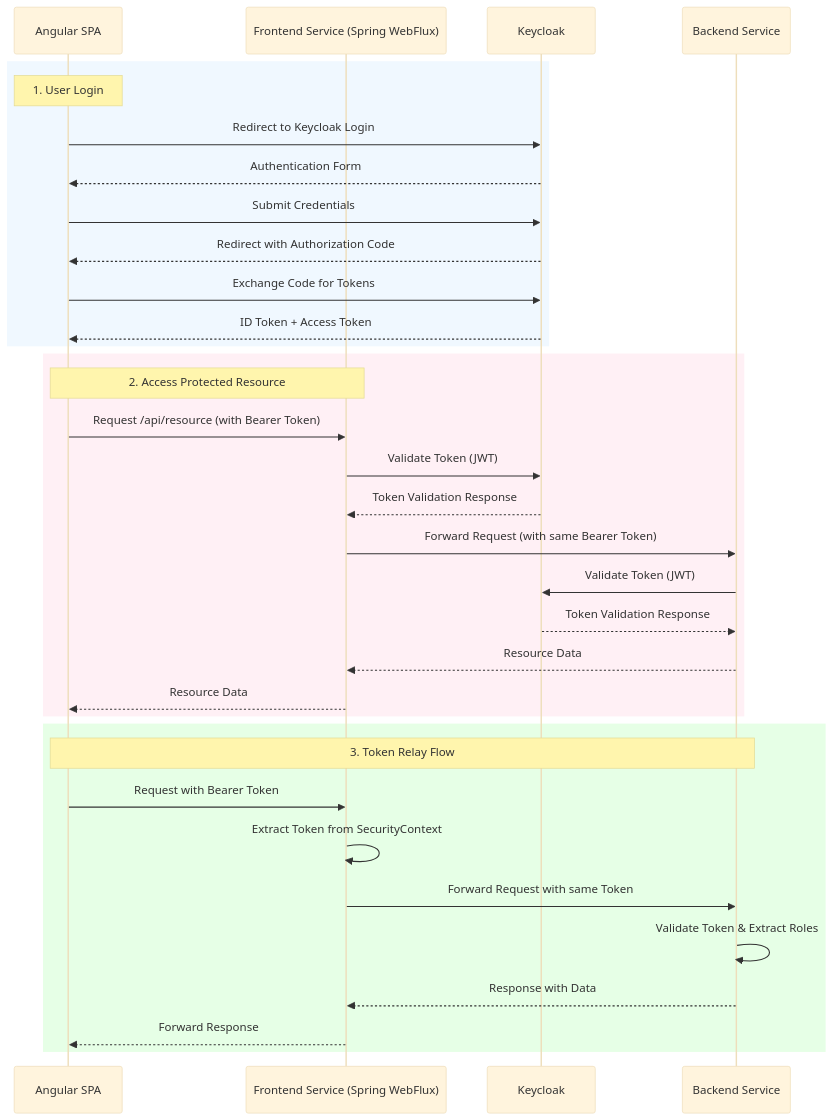
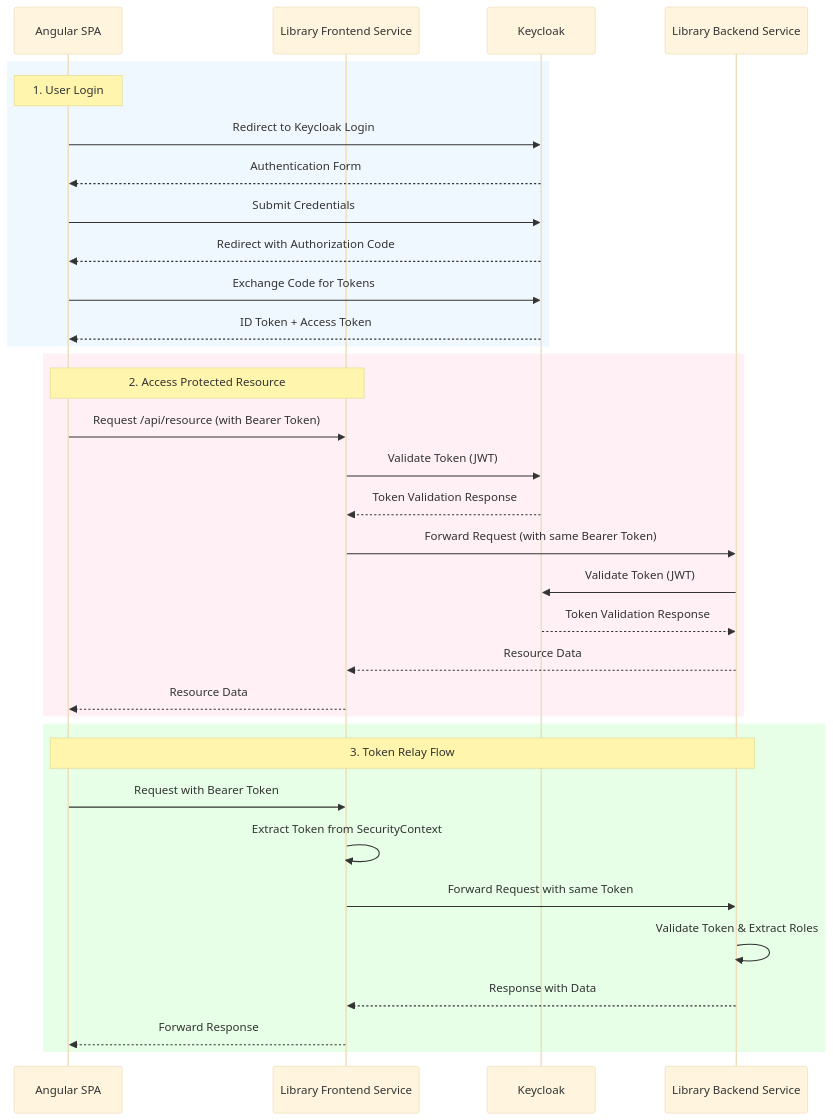
Before and after one commit to kergru/library-client-spa: the second of 2 diagrams in README.md, drawn with Mermaid (base theme). The commit also changed other lines of this file, not shown here.

````diff
--- a/README.md
+++ b/README.md
@@ -48,39 +48,39 @@
 ```mermaid
 sequenceDiagram
 participant A as Angular SPA
-participant F as Frontend Service (Spring WebFlux)
+participant F as Library Frontend Service
 participant K as Keycloak
-participant B as Backend Service
+participant B as Library Backend Service
 
     rect rgb(240, 248, 255)
     note over A: 1. User Login
     A->>K: Redirect to Keycloak Login
     K-->>A: Authentication Form
     A->>K: Submit Credentials
     K-->>A: Redirect with Authorization Code
     A->>K: Exchange Code for Tokens
     K-->>A: ID Token + Access Token
     end
 
     rect rgb(255, 240, 245)
     note over A,F: 2. Access Protected Resource
     A->>F: Request /api/resource (with Bearer Token)
     F->>K: Validate Token (JWT)
     K-->>F: Token Validation Response
     F->>B: Forward Request (with same Bearer Token)
     B->>K: Validate Token (JWT)
     K-->>B: Token Validation Response
     B-->>F: Resource Data
     F-->>A: Resource Data
     end
 
     rect rgb(230, 255, 230)
         note over A,B: 3. Token Relay Flow
         A->>F: Request with Bearer Token
         F->>F: Extract Token from SecurityContext
         F->>B: Forward Request with same Token
         B->>B: Validate Token & Extract Roles
         B-->>F: Response with Data
         F-->>A: Forward Response
     end
 ```
````
